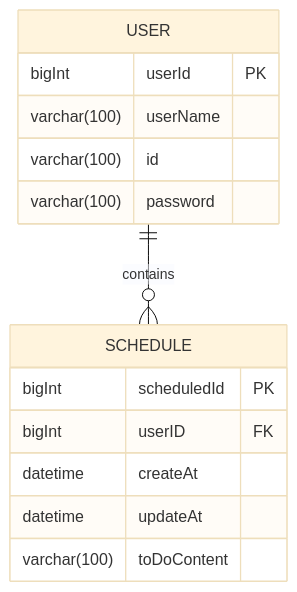
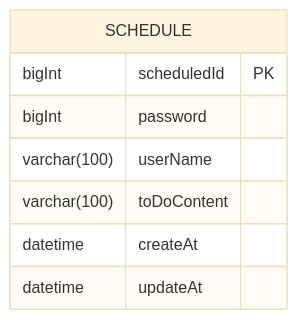
One commit to kimyongjun0129/schedule_web_project changed the diagram in README.md. Above: the diagram before and after it, drawn with Mermaid (base theme). The commit also changed 2 other files, not shown here.

Commit message:
ERD 다이어그램 수정 : USER 삭제 & SCHEDULE에 통합

````diff
--- a/README.md
+++ b/README.md
@@ -11,17 +11,11 @@
 ```mermaid
 erDiagram
-    USER ||--o{ SCHEDULE : contains
-    USER {
-        bigInt userId PK
-        varchar(100) userName
-        varchar(100) id
-        varchar(100) password
-    }
     SCHEDULE {
         bigInt scheduledId PK
-        bigInt userID FK
+        bigInt password
+        varchar(100) userName
+        varchar(100) toDoContent
         datetime createAt
         datetime updateAt
-        varchar(100) toDoContent
     }
 ```
````
